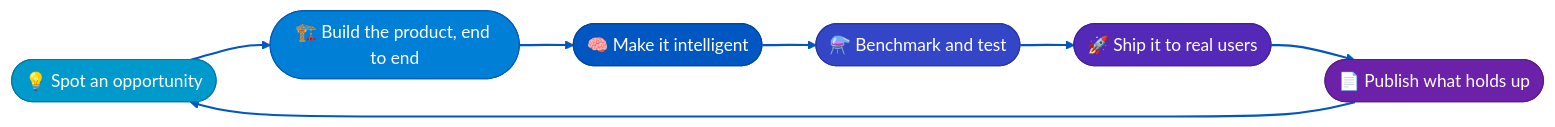
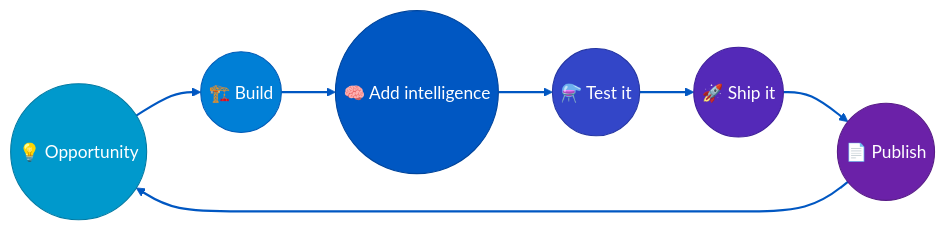
Before and after one commit to mmohajer9/mmohajer9: the diagram in README.md, drawn with Mermaid.

Commit message:
Change Figure 1 nodes from stadium to circle shape with shorter labels

````diff
--- a/README.md
+++ b/README.md
@@ -29,16 +29,16 @@
 ```mermaid
 flowchart LR
-    A(["💡 Spot an opportunity"]) --> B(["🏗️ Build the product, end to end"])
-    B --> C(["🧠 Make it intelligent"])
-    C --> D(["⚗️ Benchmark and test"])
-    D --> E(["🚀 Ship it to real users"])
-    E --> F(["📄 Publish what holds up"])
+    A(("💡 Opportunity")) --> B(("🏗️ Build"))
+    B --> C(("🧠 Add intelligence"))
+    C --> D(("⚗️ Test it"))
+    D --> E(("🚀 Ship it"))
+    E --> F(("📄 Publish"))
     F --> A
     style A fill:#0099cc,stroke:#007aa3,color:#ffffff
     style B fill:#007fd6,stroke:#005bb8,color:#ffffff
     style C fill:#0057c2,stroke:#00459c,color:#ffffff
     style D fill:#3346c8,stroke:#2536a3,color:#ffffff
     style E fill:#5429b8,stroke:#41209c,color:#ffffff
     style F fill:#6b21a8,stroke:#581c87,color:#ffffff
     linkStyle default stroke:#0057c2,stroke-width:2px
 ```
````
